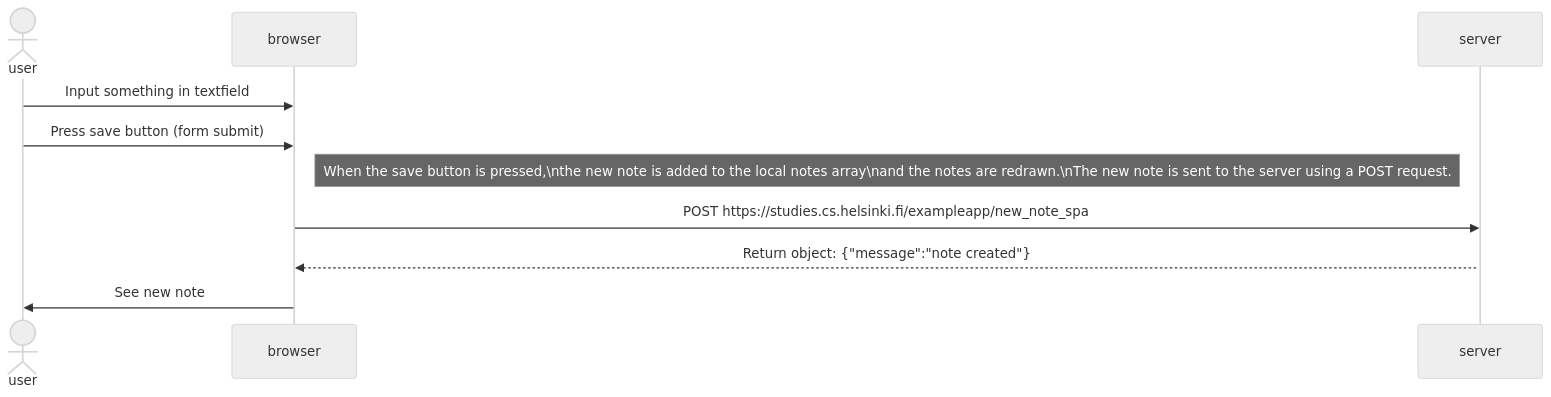
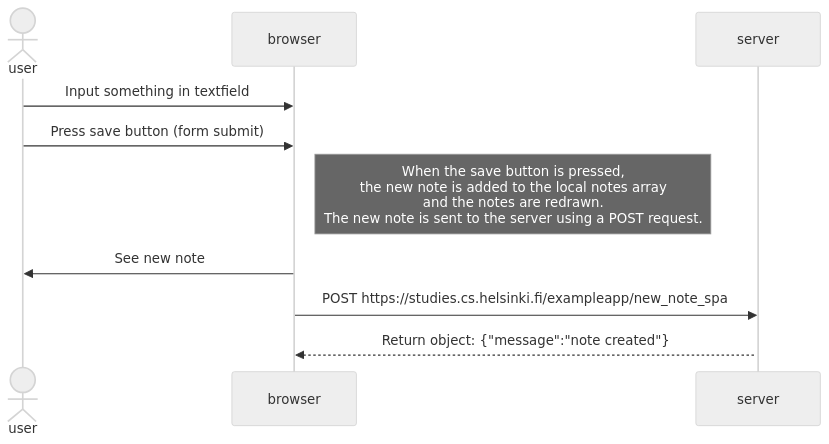
Before and after one commit to LCUnger/Full-Stack-Open-course: the diagram in part-0/6 - New note in Single page app diagram.md, drawn with Mermaid (neutral theme).

Commit message:
made large node multi-lined and changed order of "See new note"

````diff
--- a/part-0/6 - New note in Single page app diagram.md
+++ b/part-0/6 - New note in Single page app diagram.md
@@ -1,23 +1,21 @@
 ```mermaid
 
 sequenceDiagram
     actor user
     participant browser
     participant server
 
 
     user->>browser: Input something in textfield
 
     user->>browser: Press save button (form submit)
 
-    note right of browser: When the save button is pressed,\nthe new note is added to the local notes array\nand the notes are redrawn.\nThe new note is sent to the server using a POST request.
+    note right of browser: When the save button is pressed,<br>the new note is added to the local notes array<br>and the notes are redrawn.<br>The new note is sent to the server using a POST request.
 
+    browser->>user: See new note    
 
     browser->>server: POST https://studies.cs.helsinki.fi/exampleapp/new_note_spa
     activate server
     server-->>browser: Return object: {"message":"note created"}
-
-
-    browser->>user: See new note
     
 ```
````
